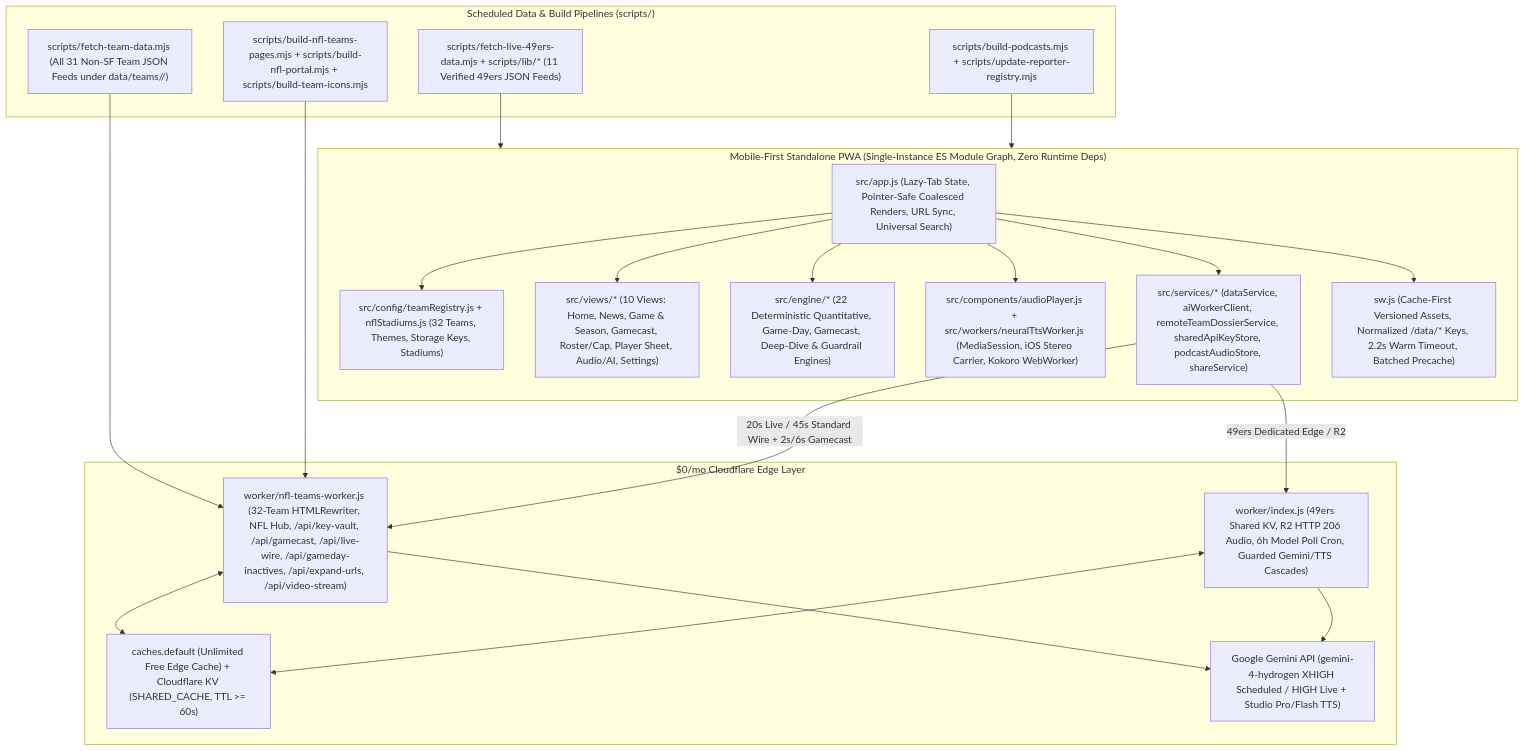
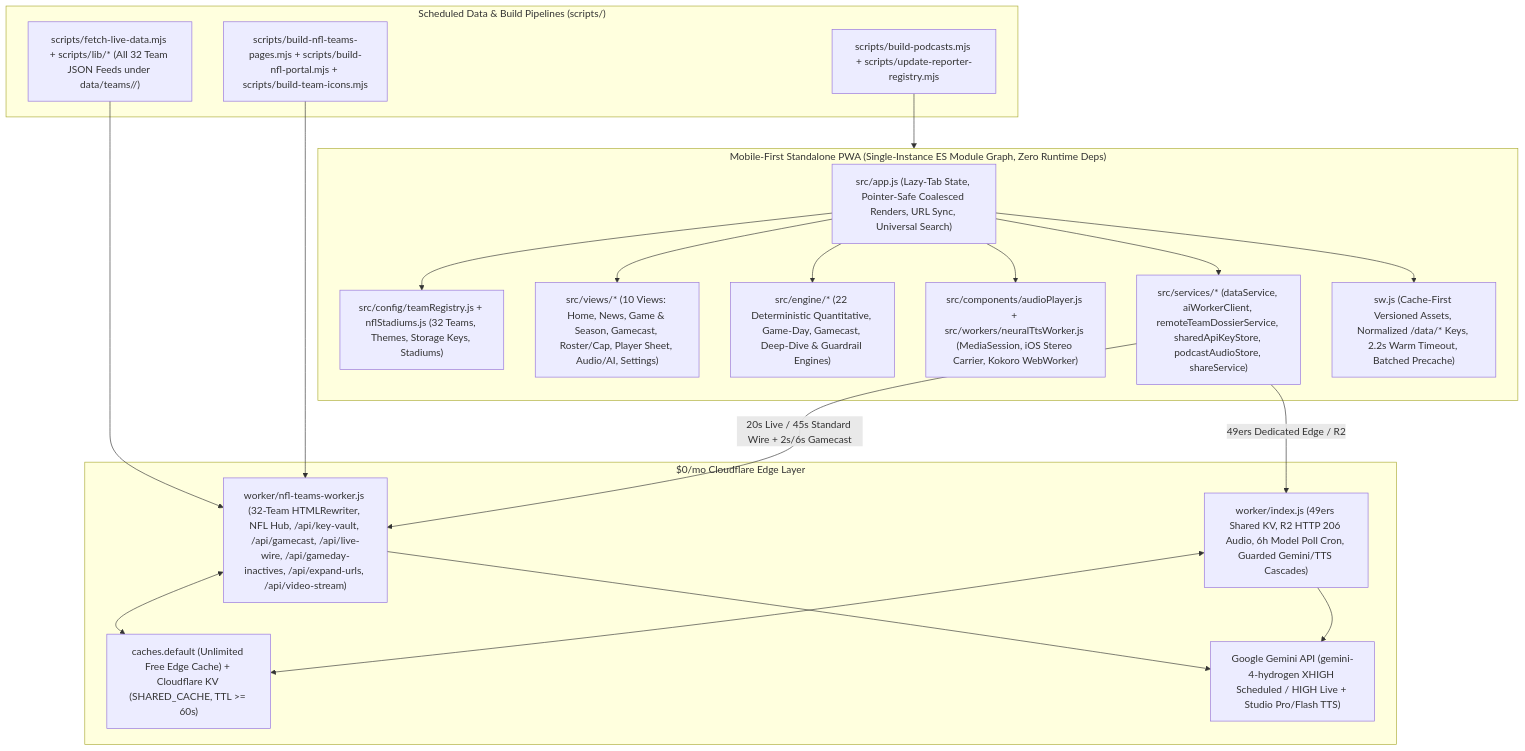
Before and after one commit to joshal7/49ers: the diagram in ARCHITECTURE.md, drawn with Mermaid. The commit also changed other lines of this file and 403 other files, not shown here.

Commit message:
Consolidate remaining 49ers-specific assets & data into unified 32-team layout (assets/teams/49ers, data/teams/49ers)

````diff
--- a/ARCHITECTURE.md
+++ b/ARCHITECTURE.md
@@ -21,44 +21,42 @@
 ```mermaid
 flowchart TD
     subgraph Client["Mobile-First Standalone PWA (Single-Instance ES Module Graph, Zero Runtime Deps)"]
         App["src/app.js (Lazy-Tab State, Pointer-Safe Coalesced Renders, URL Sync, Universal Search)"]
         Config["src/config/teamRegistry.js + nflStadiums.js (32 Teams, Themes, Storage Keys, Stadiums)"]
         Views["src/views/* (10 Views: Home, News, Game & Season, Gamecast, Roster/Cap, Player Sheet, Audio/AI, Settings)"]
         Engines["src/engine/* (22 Deterministic Quantitative, Game-Day, Gamecast, Deep-Dive & Guardrail Engines)"]
         Audio["src/components/audioPlayer.js + src/workers/neuralTtsWorker.js (MediaSession, iOS Stereo Carrier, Kokoro WebWorker)"]
         Services["src/services/* (dataService, aiWorkerClient, remoteTeamDossierService, sharedApiKeyStore, podcastAudioStore, shareService)"]
         SW["sw.js (Cache-First Versioned Assets, Normalized /data/* Keys, 2.2s Warm Timeout, Batched Precache)"]
     end
 
     subgraph Edge["$0/mo Cloudflare Edge Layer"]
         TeamsWorker["worker/nfl-teams-worker.js (32-Team HTMLRewriter, NFL Hub, /api/key-vault, /api/gamecast, /api/live-wire, /api/gameday-inactives, /api/expand-urls, /api/video-stream)"]
         SfWorker["worker/index.js (49ers Shared KV, R2 HTTP 206 Audio, 6h Model Poll Cron, Guarded Gemini/TTS Cascades)"]
         EdgeCache["caches.default (Unlimited Free Edge Cache) + Cloudflare KV (SHARED_CACHE, TTL >= 60s)"]
         Gemini["Google Gemini API (gemini-4-hydrogen XHIGH Scheduled / HIGH Live + Studio Pro/Flash TTS)"]
     end
 
     subgraph Pipeline["Scheduled Data & Build Pipelines (scripts/)"]
-        SfIngest["scripts/fetch-live-49ers-data.mjs + scripts/lib/* (11 Verified 49ers JSON Feeds)"]
-        TeamIngest["scripts/fetch-team-data.mjs (All 31 Non-SF Team JSON Feeds under data/teams/<slug>/)"]
+        TeamIngest["scripts/fetch-live-data.mjs + scripts/lib/* (All 32 Team JSON Feeds under data/teams/<slug>/)"]
         PortalBuild["scripts/build-nfl-teams-pages.mjs + scripts/build-nfl-portal.mjs + scripts/build-team-icons.mjs"]
         PodBuild["scripts/build-podcasts.mjs + scripts/update-reporter-registry.mjs"]
     end
 
-    SfIngest --> Client
     TeamIngest --> TeamsWorker
     PortalBuild --> TeamsWorker
     PodBuild --> Client
 
     App --> Config
     App --> Views
     App --> Engines
     App --> Audio
     App --> Services
     App --> SW
     Services -->|"20s Live / 45s Standard Wire + 2s/6s Gamecast"| TeamsWorker
     Services -->|"49ers Dedicated Edge / R2"| SfWorker
     TeamsWorker <--> EdgeCache
     SfWorker <--> EdgeCache
     TeamsWorker --> Gemini
     SfWorker --> Gemini
 ```
````
